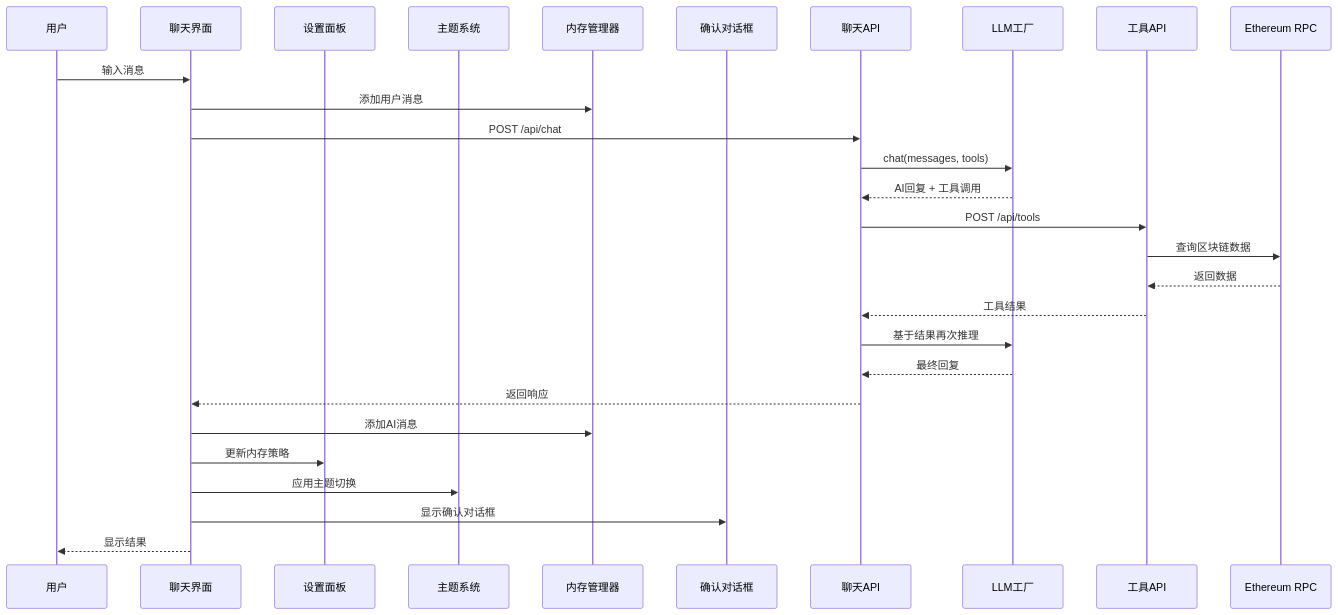
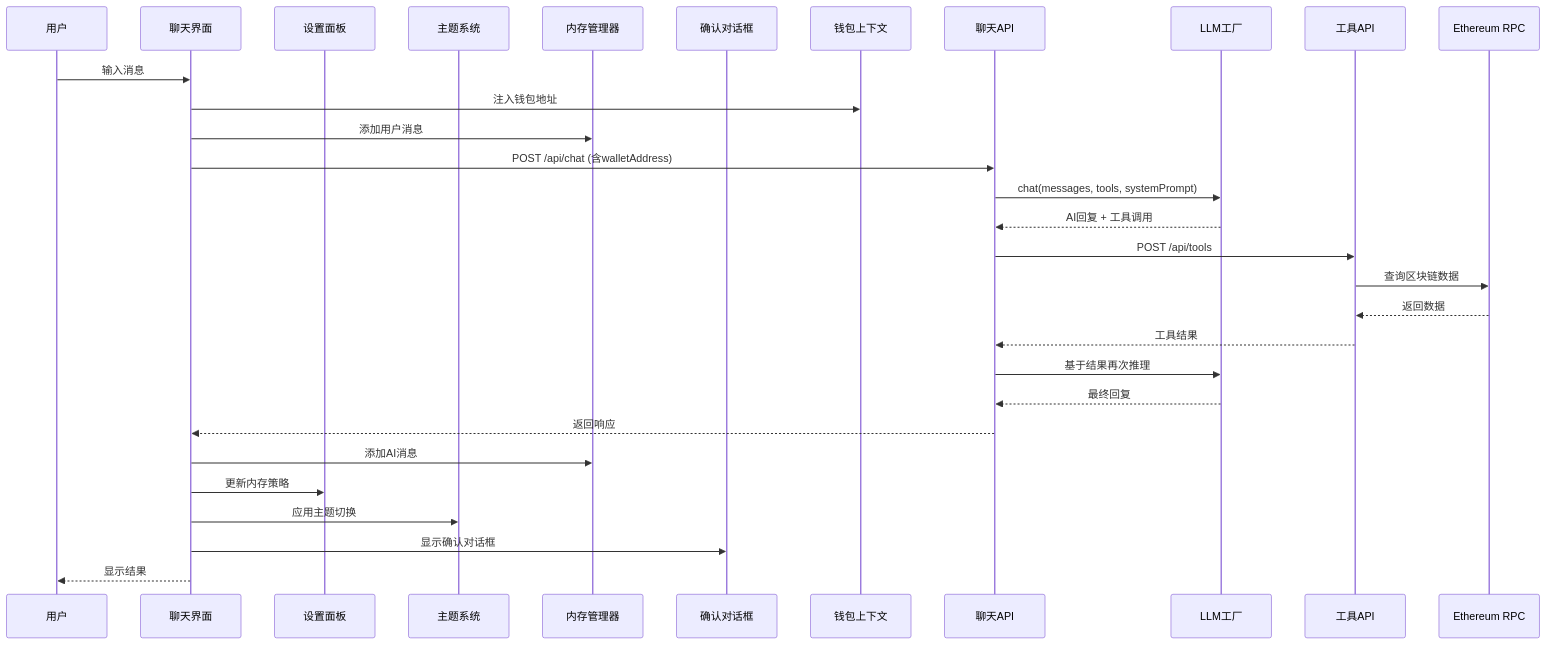
One commit to CryptoLinxu/Web3-AI-Agent changed the fifth of 26 diagrams in .qoder/repowiki/zh/content/项目概述/整体架构概览/Web应用程序/Web应用程序.md. Above: the diagram before and after it, drawn with Mermaid. The commit also changed other lines of this file and 11 other files, not shown here.

````diff
--- a/.qoder/repowiki/zh/content/项目概述/整体架构概览/Web应用程序/Web应用程序.md
+++ b/.qoder/repowiki/zh/content/项目概述/整体架构概览/Web应用程序/Web应用程序.md
@@ -254,30 +265,32 @@
 ```mermaid
 sequenceDiagram
 participant User as 用户
 participant UI as 聊天界面
 participant Settings as 设置面板
 participant Theme as 主题系统
 participant Memory as 内存管理器
 participant Dialog as 确认对话框
+participant Wallet as 钱包上下文
 participant ChatAPI as 聊天API
 participant LLM as LLM工厂
 participant ToolsAPI as 工具API
 participant RPC as Ethereum RPC
 User->>UI : 输入消息
+UI->>Wallet : 注入钱包地址
 UI->>Memory : 添加用户消息
-UI->>ChatAPI : POST /api/chat
-ChatAPI->>LLM : chat(messages, tools)
+UI->>ChatAPI : POST /api/chat (含walletAddress)
+ChatAPI->>LLM : chat(messages, tools, systemPrompt)
 LLM-->>ChatAPI : AI回复 + 工具调用
 ChatAPI->>ToolsAPI : POST /api/tools
 ToolsAPI->>RPC : 查询区块链数据
 RPC-->>ToolsAPI : 返回数据
 ToolsAPI-->>ChatAPI : 工具结果
 ChatAPI->>LLM : 基于结果再次推理
 LLM-->>ChatAPI : 最终回复
 ChatAPI-->>UI : 返回响应
 UI->>Memory : 添加AI消息
 UI->>Settings : 更新内存策略
 UI->>Theme : 应用主题切换
 UI->>Dialog : 显示确认对话框
 UI-->>User : 显示结果
 ```
````
